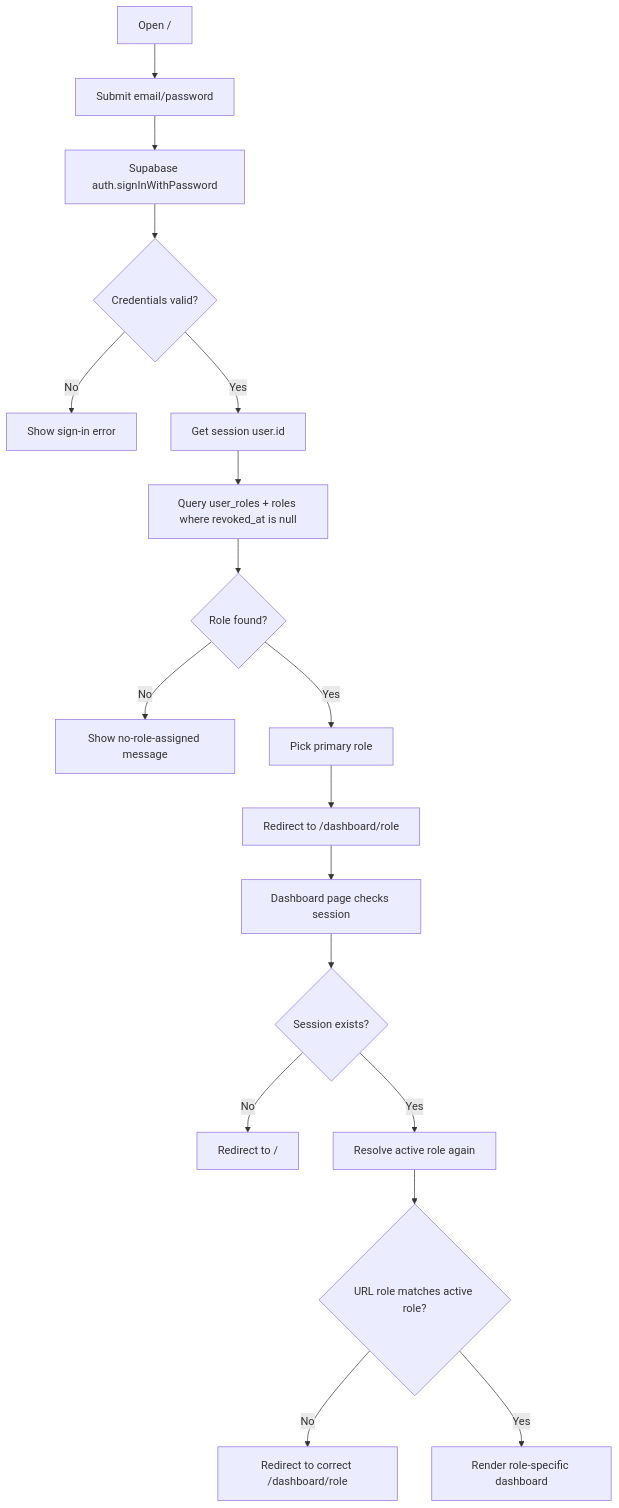
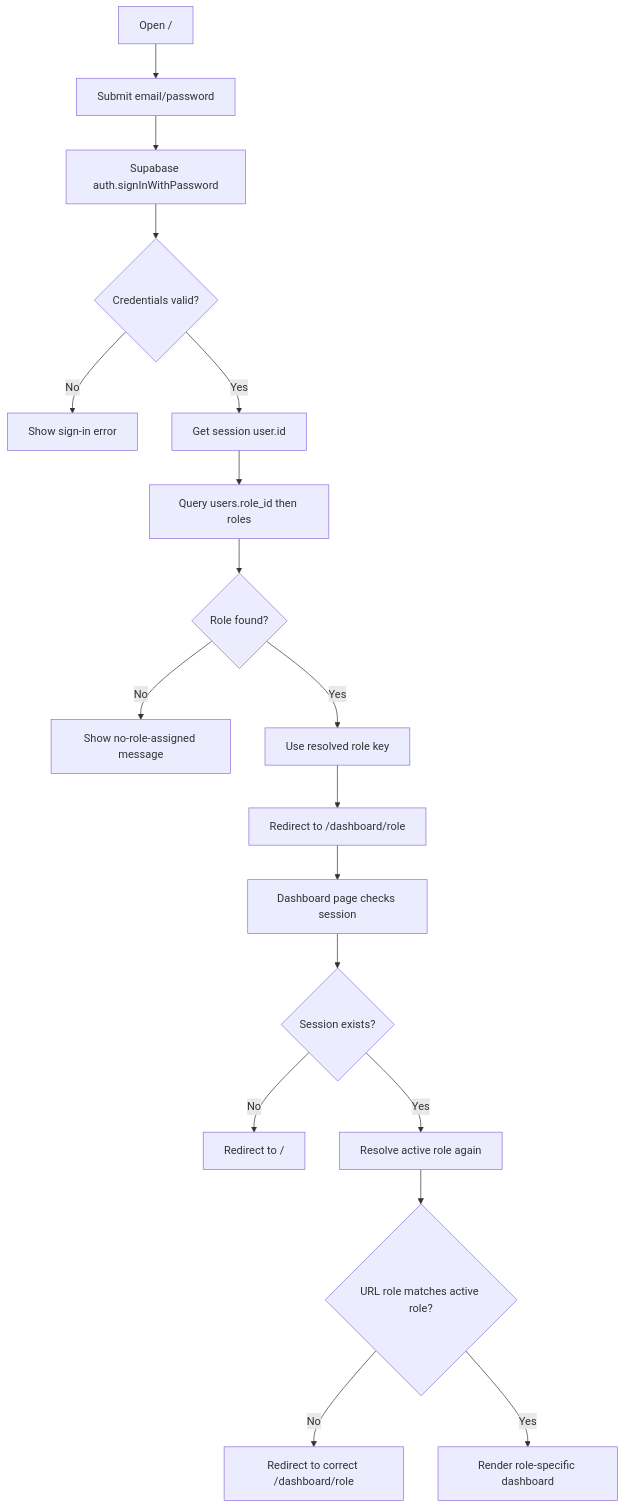
Before and after one commit to waleedb-dev/INSURVAS-dev-crm: the diagram in docs/auth-login-role-routing-flow.md, drawn with Mermaid. The commit also changed other lines of this file and 19 other files, not shown here.

````diff
--- a/docs/auth-login-role-routing-flow.md
+++ b/docs/auth-login-role-routing-flow.md
@@ -76,21 +65,21 @@
 ```mermaid
 flowchart TD
     A[Open /] --> B[Submit email/password]
     B --> C[Supabase auth.signInWithPassword]
     C --> D{Credentials valid?}
     D -- No --> E[Show sign-in error]
     D -- Yes --> F[Get session user.id]
-    F --> G[Query user_roles + roles where revoked_at is null]
+    F --> G[Query users.role_id then roles]
     G --> H{Role found?}
     H -- No --> I[Show no-role-assigned message]
-    H -- Yes --> J[Pick primary role]
+    H -- Yes --> J[Use resolved role key]
     J --> K[Redirect to /dashboard/role]
 
     K --> L[Dashboard page checks session]
     L --> M{Session exists?}
     M -- No --> N[Redirect to /]
     M -- Yes --> O[Resolve active role again]
     O --> P{URL role matches active role?}
     P -- No --> Q[Redirect to correct /dashboard/role]
     P -- Yes --> R[Render role-specific dashboard]
 ```
````
